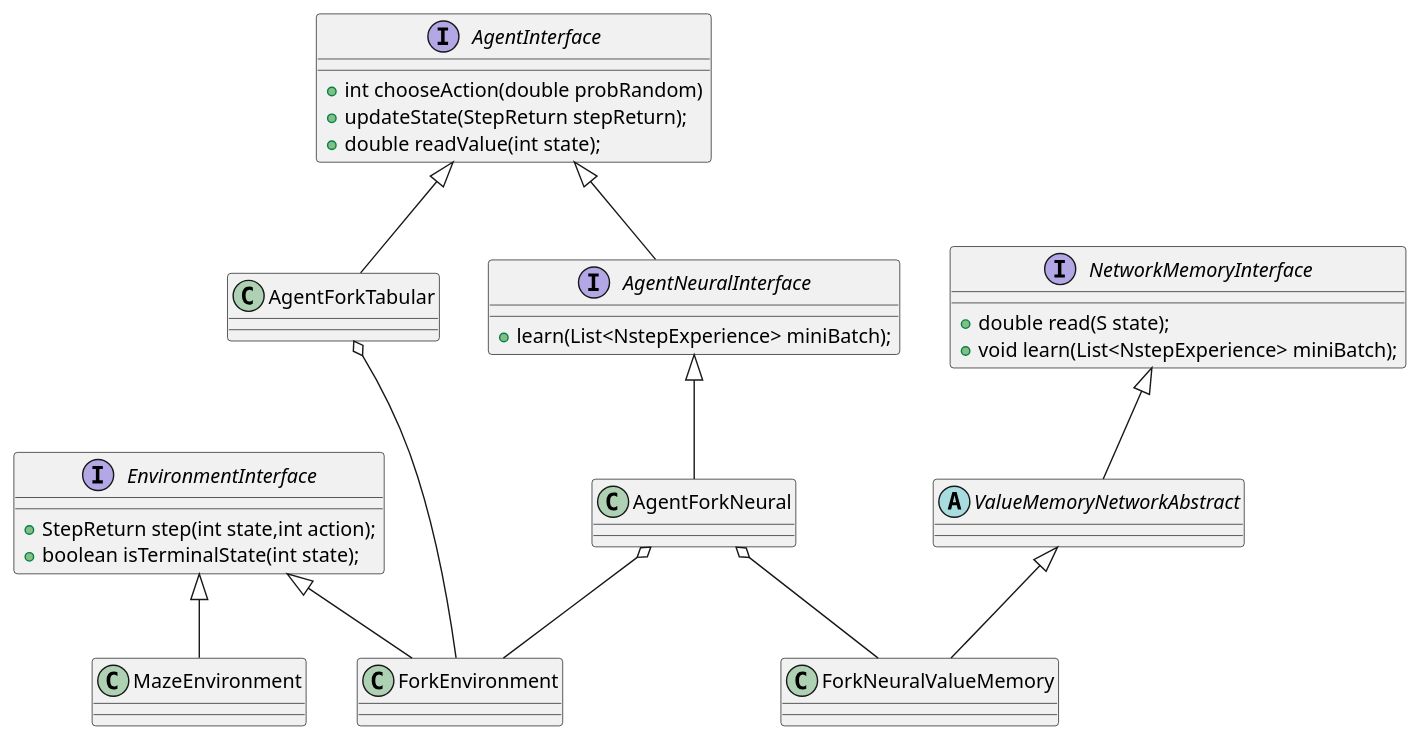
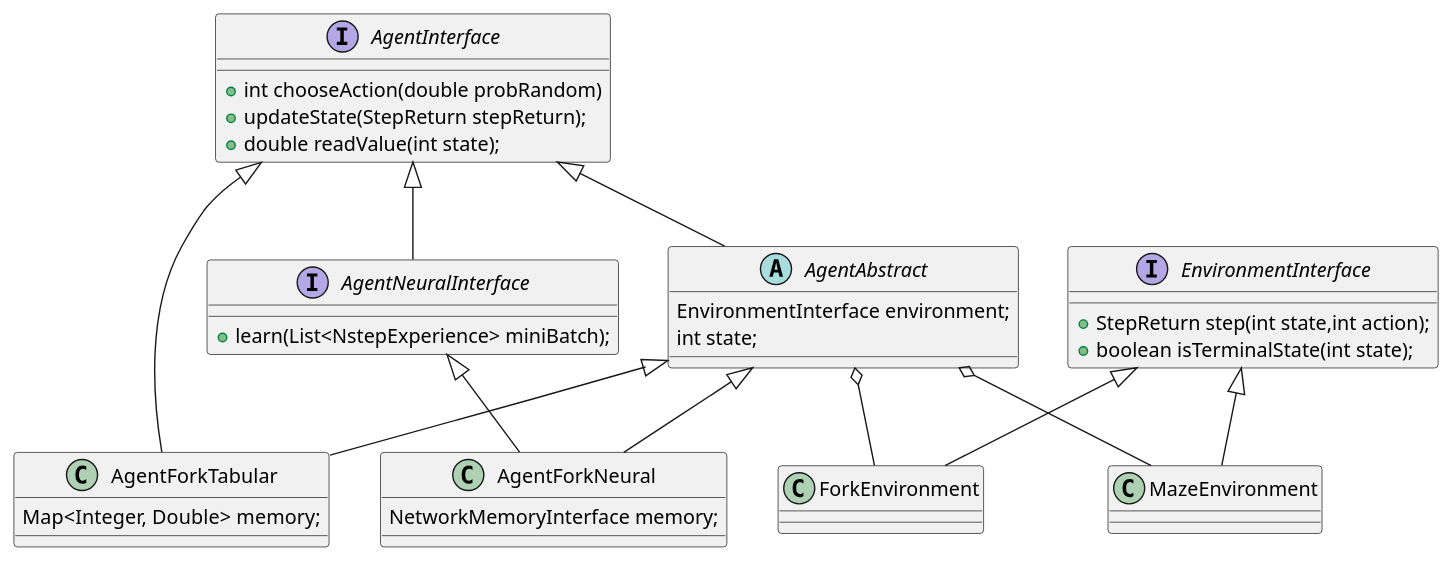
Before and after one commit to JonasHellgren/MachineLearning: the diagram in src/main/java/multi_step_temp_diff/plantuml/mainClasses.puml, drawn with PlantUML. The commit also changed 25 other files, not shown here.

Commit message:
rita om planutml med AgentAbstract

```diff
--- a/src/main/java/multi_step_temp_diff/plantuml/mainClasses.puml
+++ b/src/main/java/multi_step_temp_diff/plantuml/mainClasses.puml
@@ -1,50 +1,54 @@
 @startuml
 'https://plantuml.com/class-diagram
 
 interface AgentInterface {
 + int chooseAction(double probRandom)
 + updateState(StepReturn stepReturn);
 + double readValue(int state);
 }
 
 interface AgentNeuralInterface {
 + learn(List<NstepExperience> miniBatch);
 }
 
 interface EnvironmentInterface {
 +  StepReturn step(int state,int action);
 +  boolean isTerminalState(int state);
 }
 
-interface NetworkMemoryInterface {
-+   double read(S state);
-+   void learn(List<NstepExperience> miniBatch);
+
+abstract class AgentAbstract {
+    EnvironmentInterface environment;
+    int state;
 }
 
-abstract class ValueMemoryNetworkAbstract
 
-class AgentForkNeural
-class AgentForkTabular
+class AgentForkNeural {
+NetworkMemoryInterface memory;
+}
+class AgentForkTabular  {
+Map<Integer, Double> memory;
+}
 class ForkEnvironment
 class MazeEnvironment
-class ForkNeuralValueMemory
+
 
 AgentInterface <|-- AgentNeuralInterface
+
+AgentInterface <|-- AgentAbstract
 AgentNeuralInterface <|-- AgentForkNeural
 AgentInterface <|-- AgentForkTabular
-
-
+AgentAbstract <|-- AgentForkNeural
+AgentAbstract <|-- AgentForkTabular
 
 EnvironmentInterface <|-- ForkEnvironment
 EnvironmentInterface <|-- MazeEnvironment
 
-AgentForkNeural  o-- ForkEnvironment
-AgentForkNeural  o-- ForkNeuralValueMemory
+AgentAbstract  o-- ForkEnvironment
+AgentAbstract  o-- MazeEnvironment
 
-AgentForkTabular  o-- ForkEnvironment
 
-NetworkMemoryInterface <|-- ValueMemoryNetworkAbstract
-ValueMemoryNetworkAbstract  <|-- ForkNeuralValueMemory
+
 
 
 @enduml
```
